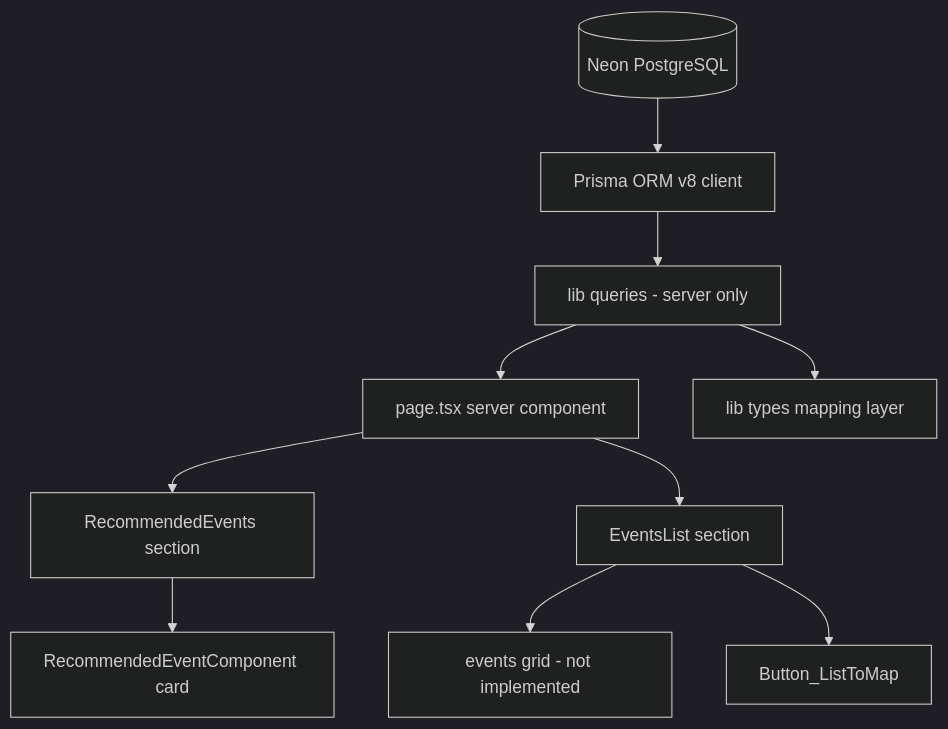
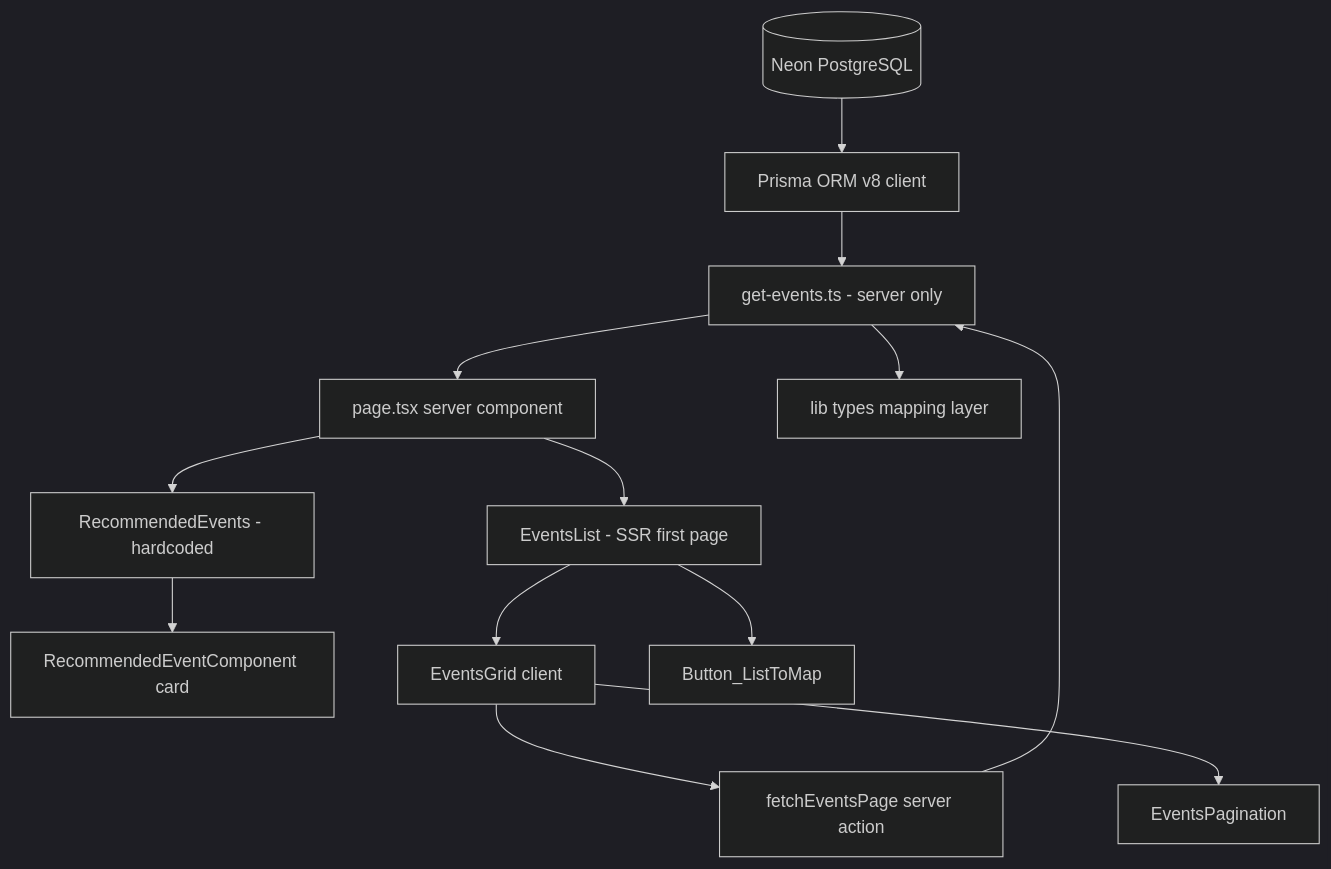
The second of 2 diagrams in AUDIT.md (vslezax/project_VIDOH), drawn with Mermaid (dark theme) before and after one commit. The commit also changed other lines of this file and 29 other files, not shown here.

````diff
--- a/AUDIT.md
+++ b/AUDIT.md
@@ -376,12 +410,15 @@
 ```mermaid
 flowchart TB
     DB[(Neon PostgreSQL)] --> PR[Prisma ORM v8 client]
-    PR --> Q[lib queries - server only]
+    PR --> Q[get-events.ts - server only]
     Q --> P[page.tsx server component]
-    P --> R[RecommendedEvents section]
-    P --> E[EventsList section]
+    P --> R[RecommendedEvents - hardcoded]
+    P --> E[EventsList - SSR first page]
     R --> C[RecommendedEventComponent card]
-    E --> G[events grid - not implemented]
+    E --> GR[EventsGrid client]
+    GR --> SA[fetchEventsPage server action]
+    SA --> Q
+    GR --> PG[EventsPagination]
     E --> B[Button_ListToMap]
     Q --> T[lib types mapping layer]
 ```
````
